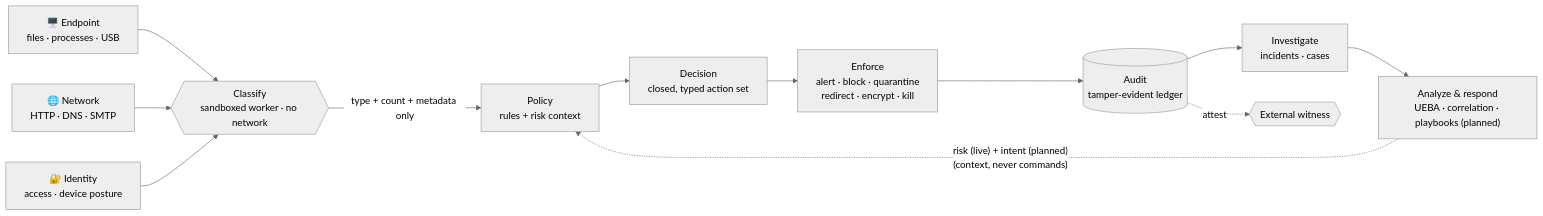
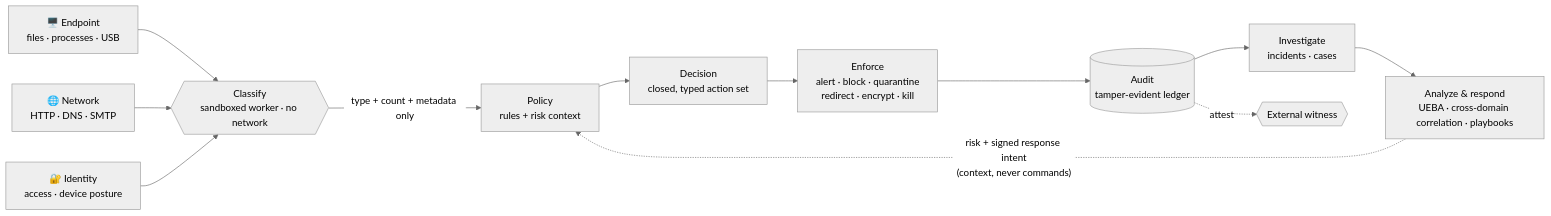
One commit to lucianoengel/openshield changed the first of 2 diagrams in README.md. Above: the diagram before and after it, drawn with Mermaid (neutral theme). The commit also changed other lines of this file and 2 other files, not shown here.

````diff
--- a/README.md
+++ b/README.md
@@ -94,14 +105,14 @@
 ```mermaid
 flowchart LR
   EP["🖥️ Endpoint<br/>files · processes · USB"] --> C
   NW["🌐 Network<br/>HTTP · DNS · SMTP"] --> C
   ID["🔐 Identity<br/>access · device posture"] --> C
   C{{"Classify<br/>sandboxed worker · no network"}} -->|"type + count + metadata only"| POL["Policy<br/>rules + risk context"]
   POL --> DEC["Decision<br/>closed, typed action set"]
   DEC --> ENF["Enforce<br/>alert · block · quarantine<br/>redirect · encrypt · kill"]
   ENF --> LED[("Audit<br/>tamper-evident ledger")]
   LED --> INC["Investigate<br/>incidents · cases"]
-  INC --> RSP["Analyze &amp; respond<br/>UEBA · correlation · playbooks (planned)"]
-  RSP -.->|"risk (live) + intent (planned)<br/>(context, never commands)"| POL
+  INC --> RSP["Analyze &amp; respond<br/>UEBA · cross-domain correlation · playbooks"]
+  RSP -.->|"risk + signed response intent<br/>(context, never commands)"| POL
   LED -.->|attest| WIT{{"External witness"}}
 ```
````
